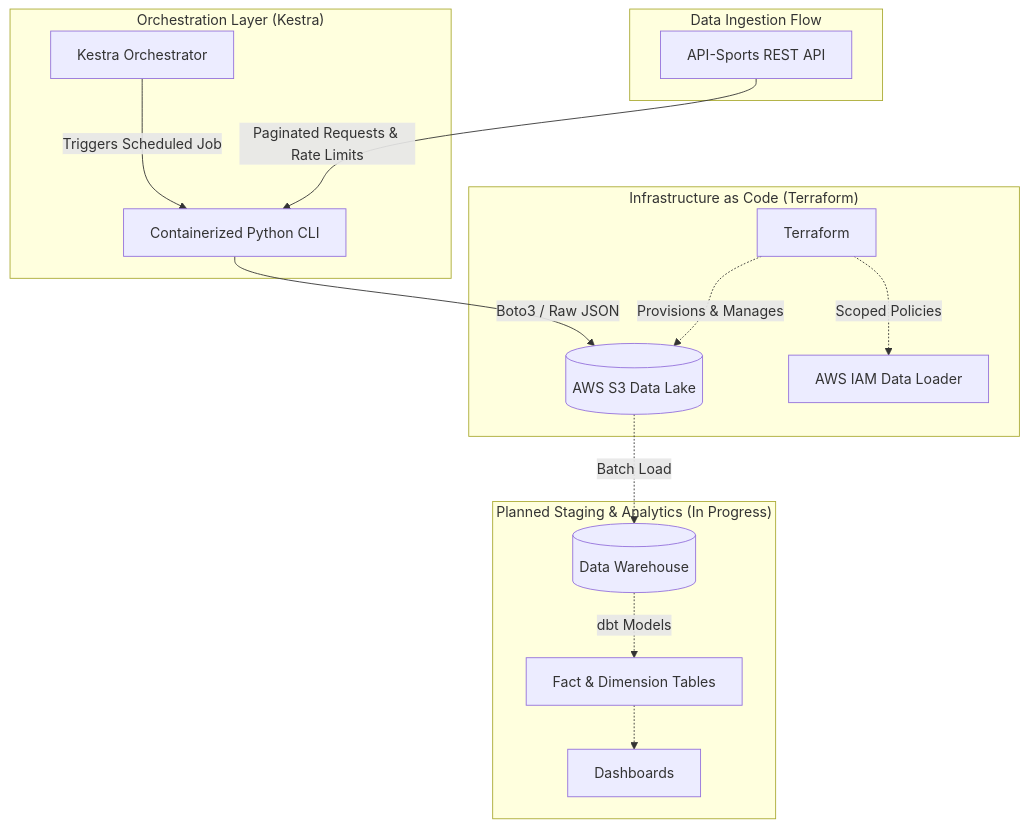
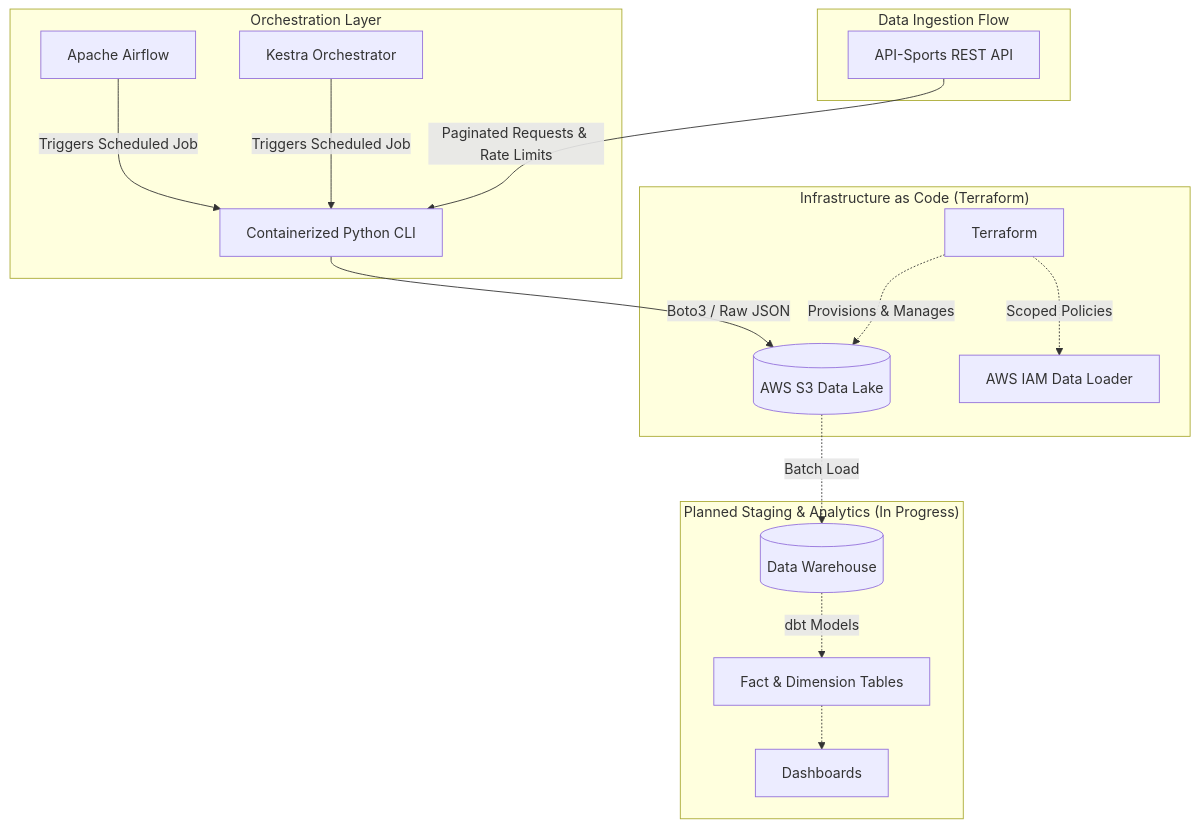
Before and after one commit to shdrn2402/football-data-pipeline: the diagram in README.md, drawn with Mermaid. The commit also changed other lines of this file, not shown here.

Commit message:
docs: update readme with airflow integration and terraform backend [skip ci]

````diff
--- a/README.md
+++ b/README.md
@@ -18,22 +18,23 @@
 ```mermaid
 flowchart TD
     subgraph Infrastructure ["Infrastructure as Code (Terraform)"]
         TF[Terraform] -.->|Provisions & Manages| S3[(AWS S3 Data Lake)]
         TF -.->|Scoped Policies| IAM[AWS IAM Data Loader]
     end
 
-    subgraph Orchestration ["Orchestration Layer (Kestra)"]
-        Kestra[Kestra Orchestrator] -->|Triggers Scheduled Job| IngestApp[Containerized Python CLI]
+    subgraph Orchestration ["Orchestration Layer"]
+        Airflow[Apache Airflow] -->|Triggers Scheduled Job| IngestApp[Containerized Python CLI]
+        Kestra[Kestra Orchestrator] -->|Triggers Scheduled Job| IngestApp
     end
 
     subgraph DataFlow ["Data Ingestion Flow"]
         API[API-Sports REST API] -->|Paginated Requests & Rate Limits| IngestApp
         IngestApp -->|Boto3 / Raw JSON| S3
     end
 
     subgraph FutureScope ["Planned Staging & Analytics (In Progress)"]
         S3 -.->|Batch Load| DWH[(Data Warehouse)]
         DWH -.->|dbt Models| Marts[Fact & Dimension Tables]
         Marts -.-> BI[Dashboards]
     end
 ```
````
